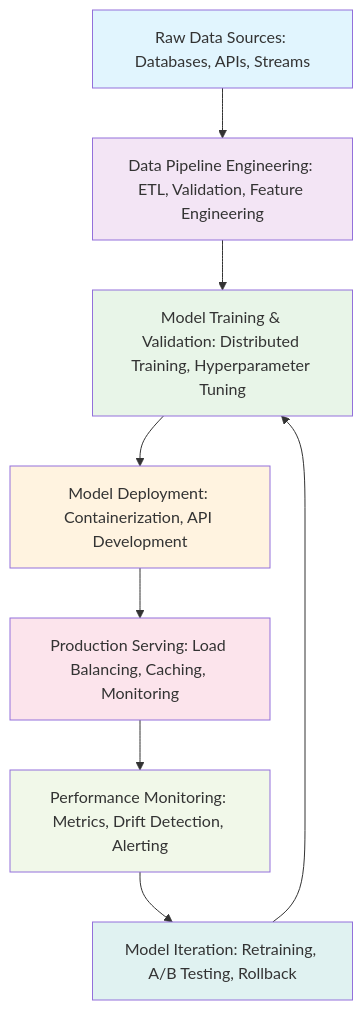
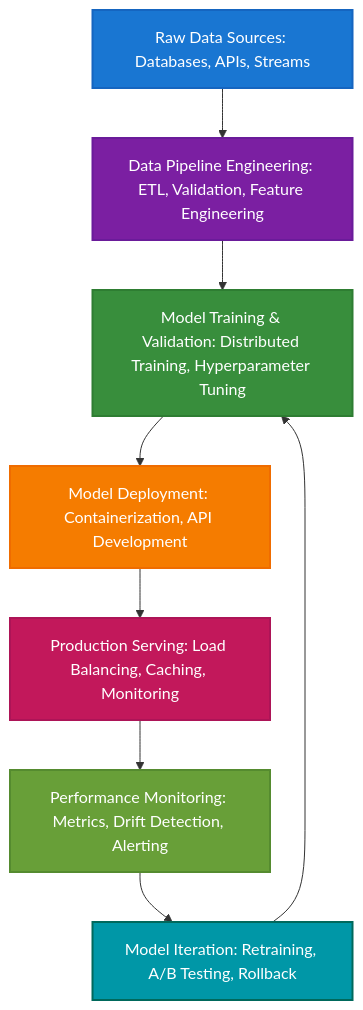
Before and after one commit to khaosans/articles: the first of 2 diagrams in ml_engineer_enterprise.md, drawn with Mermaid. The commit also changed other lines of this file and 5 other files, not shown here.

First line of the commit message:
docs: improve Mermaid diagram readability and clean up footer text

````diff
--- a/ml_engineer_enterprise.md
+++ b/ml_engineer_enterprise.md
@@ -64,17 +64,17 @@
 ```mermaid
 flowchart TD
     A[Raw Data Sources: Databases, APIs, Streams] --> B[Data Pipeline Engineering: ETL, Validation, Feature Engineering]
     B --> C[Model Training & Validation: Distributed Training, Hyperparameter Tuning]
     C --> D[Model Deployment: Containerization, API Development]
     D --> E[Production Serving: Load Balancing, Caching, Monitoring]
     E --> F[Performance Monitoring: Metrics, Drift Detection, Alerting]
     F --> G[Model Iteration: Retraining, A/B Testing, Rollback]
     G --> C
-    style A fill:#e1f5fe
-    style B fill:#f3e5f5
-    style C fill:#e8f5e8
-    style D fill:#fff3e0
-    style E fill:#fce4ec
-    style F fill:#f1f8e9
-    style G fill:#e0f2f1
+    style A fill:#1976d2,stroke:#1565c0,stroke-width:2px,color:#ffffff
+    style B fill:#7b1fa2,stroke:#6a1b9a,stroke-width:2px,color:#ffffff
+    style C fill:#388e3c,stroke:#2e7d32,stroke-width:2px,color:#ffffff
+    style D fill:#f57c00,stroke:#ef6c00,stroke-width:2px,color:#ffffff
+    style E fill:#c2185b,stroke:#ad1457,stroke-width:2px,color:#ffffff
+    style F fill:#689f38,stroke:#558b2f,stroke-width:2px,color:#ffffff
+    style G fill:#0097a7,stroke:#00695c,stroke-width:2px,color:#ffffff
 ```
````
